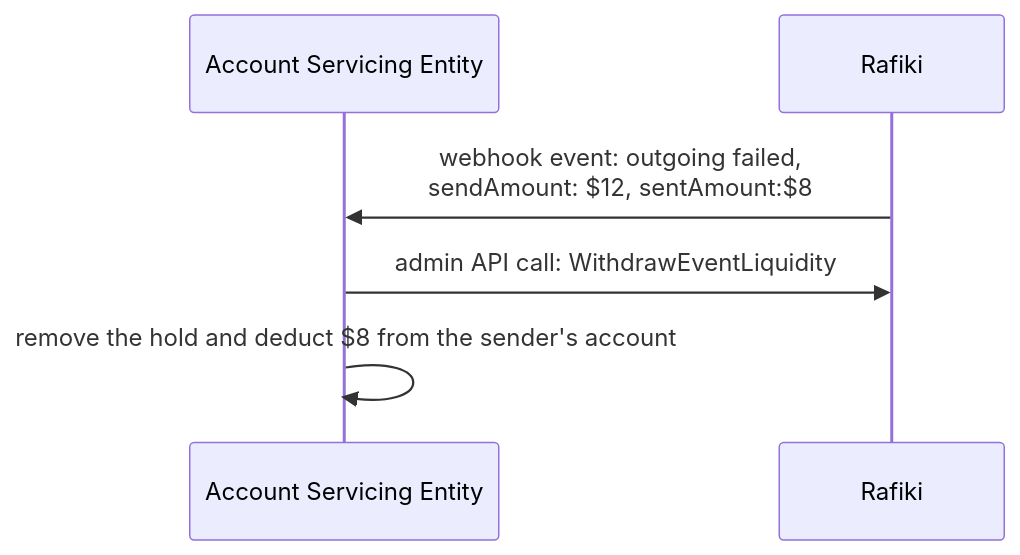
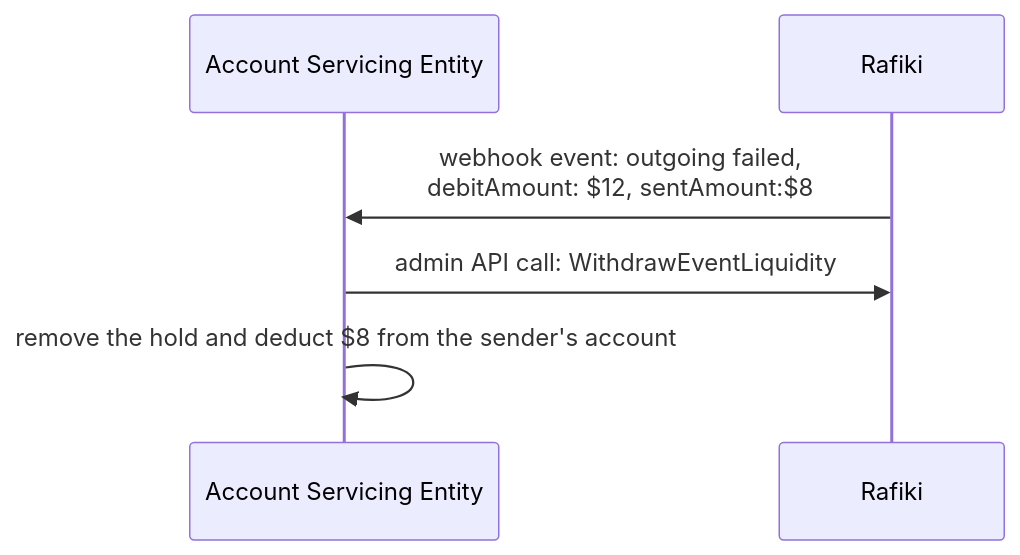
One commit to interledger/rafiki changed the sixth of 10 diagrams in packages/documentation/src/content/docs/integration/event-handlers.md. Above: the diagram before and after it, drawn with Mermaid. The commit also changed other lines of this file and 2 other files, not shown here.

Commit message:
refactor(documentation): rename sendAmount to debitAmount

````diff
--- a/packages/documentation/src/content/docs/integration/event-handlers.md
+++ b/packages/documentation/src/content/docs/integration/event-handlers.md
@@ -95,10 +95,10 @@
 ```mermaid
 sequenceDiagram
 
 participant ASE as Account Servicing Entity
 participant R as Rafiki
 
-R->>ASE: webhook event: outgoing failed,<br>sendAmount: $12, sentAmount:$8
+R->>ASE: webhook event: outgoing failed,<br>debitAmount: $12, sentAmount:$8
 ASE->>R: admin API call: WithdrawEventLiquidity
 ASE->>ASE: remove the hold and deduct $8 from the sender's account
 ```
````
